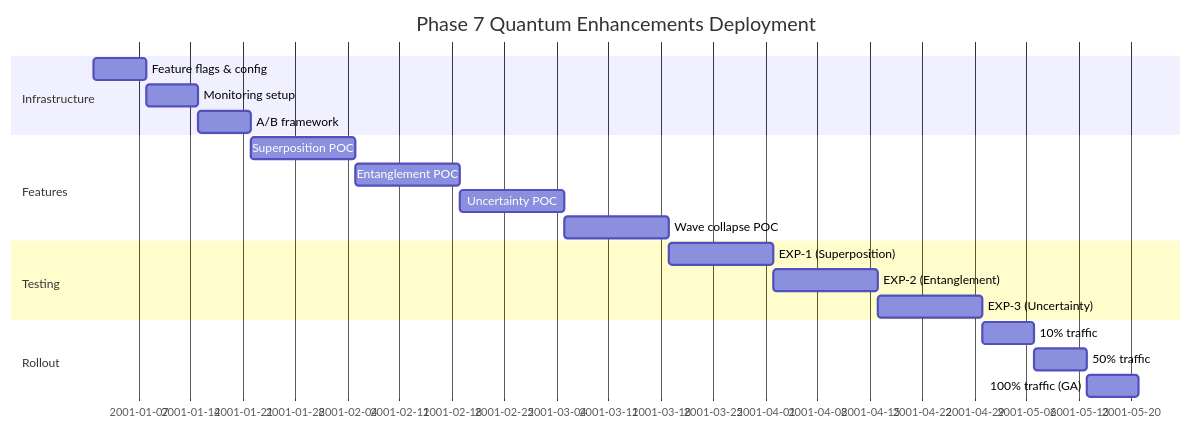
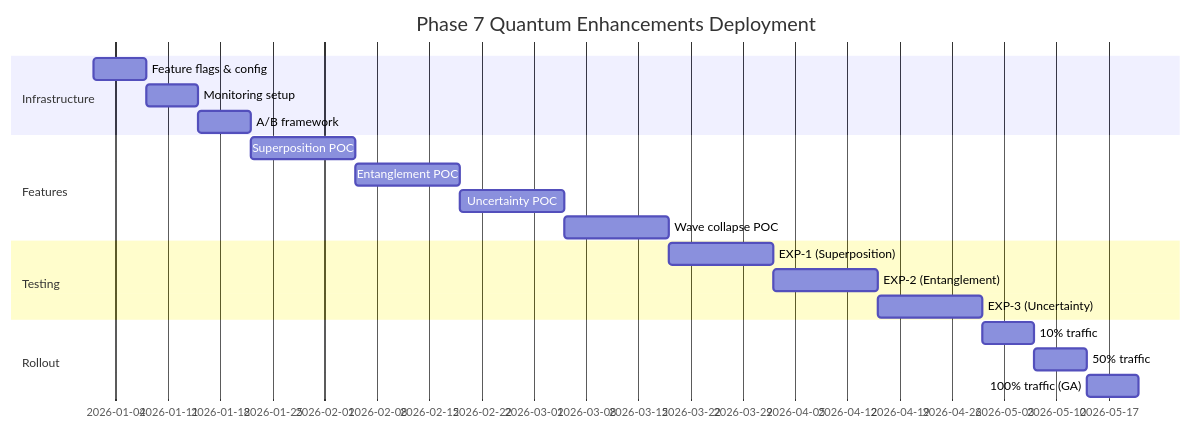
Before and after one commit to Aries-Serpent/_codex_: the second of 2 diagrams in .github/agents/PHASE_7_QUANTUM_ENHANCEMENTS.md, drawn with Mermaid. The commit also changed other lines of this file and 1122 other files, not shown here.

````diff
--- a/.github/agents/PHASE_7_QUANTUM_ENHANCEMENTS.md
+++ b/.github/agents/PHASE_7_QUANTUM_ENHANCEMENTS.md
@@ -1405,25 +1405,25 @@
 ```mermaid
 gantt
     title Phase 7 Quantum Enhancements Deployment
     dateFormat YYYY-MM-DD
     section Infrastructure
-    Feature flags & config       :Current Cycle-01-01, 7d
-    Monitoring setup             :Current Cycle-01-08, 7d
-    A/B framework                :Current Cycle-01-15, 7d
+    Feature flags & config       :2026-01-01, 7d
+    Monitoring setup             :2026-01-08, 7d
+    A/B framework                :2026-01-15, 7d
     
     section Features
-    Superposition POC            :Current Cycle-01-22, 14d
-    Entanglement POC             :Current Cycle-02-05, 14d
-    Uncertainty POC              :Current Cycle-02-19, 14d
-    Wave collapse POC            :Current Cycle-03-05, 14d
+    Superposition POC            :2026-01-22, 14d
+    Entanglement POC             :2026-02-05, 14d
+    Uncertainty POC              :2026-02-19, 14d
+    Wave collapse POC            :2026-03-05, 14d
     
     section Testing
-    EXP-1 (Superposition)        :Current Cycle-03-19, 14d
-    EXP-2 (Entanglement)         :Current Cycle-04-02, 14d
-    EXP-3 (Uncertainty)          :Current Cycle-04-16, 14d
+    EXP-1 (Superposition)        :2026-03-19, 14d
+    EXP-2 (Entanglement)         :2026-04-02, 14d
+    EXP-3 (Uncertainty)          :2026-04-16, 14d
     
     section Rollout
-    10% traffic                  :Current Cycle-04-30, 7d
-    50% traffic                  :Current Cycle-05-07, 7d
-    100% traffic (GA)            :Current Cycle-05-14, 7d
+    10% traffic                  :2026-04-30, 7d
+    50% traffic                  :2026-05-07, 7d
+    100% traffic (GA)            :2026-05-14, 7d
 ```
````
